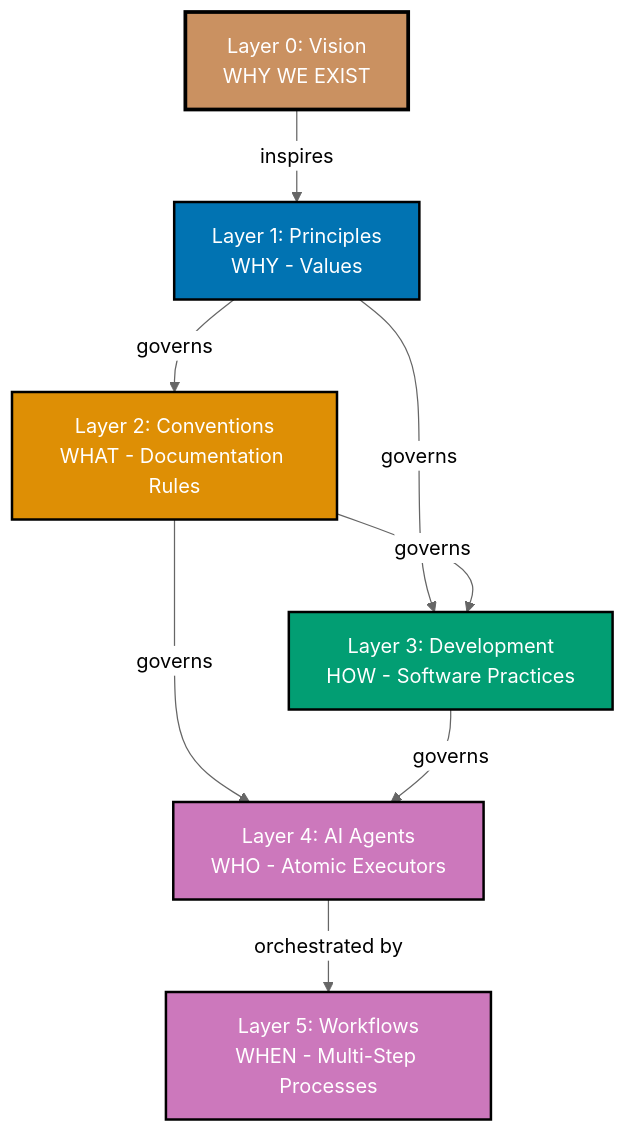
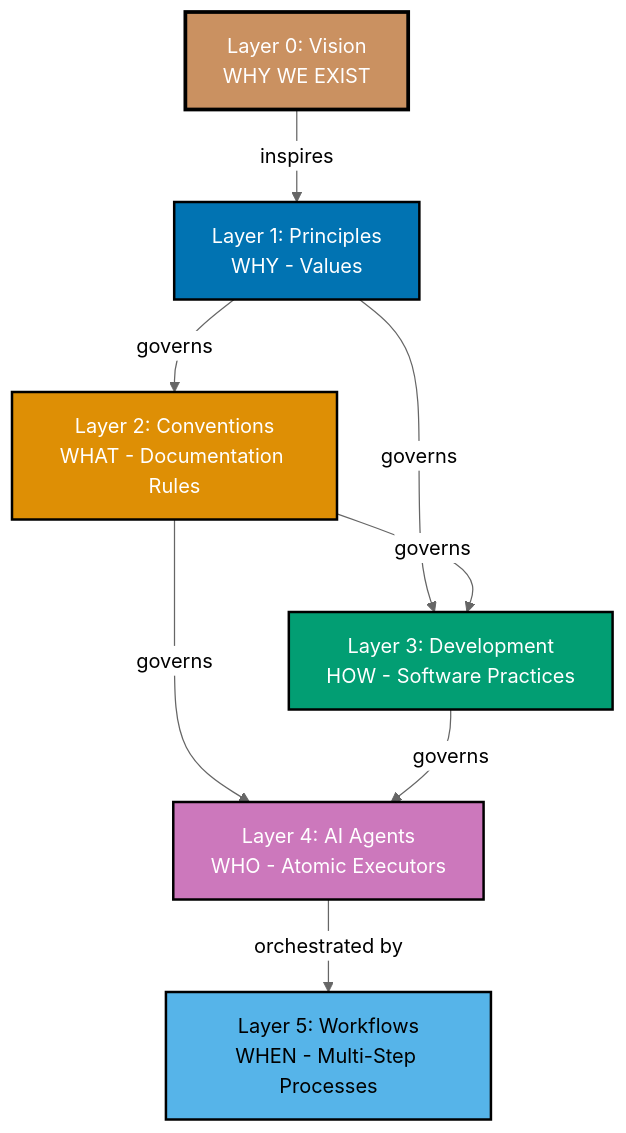
The diagram in governance/README.md (wahidyankf/open-sharia-enterprise), drawn with Mermaid (neutral theme) before and after one commit. The commit also changed 1 other file, not shown here.

Commit message:
fix(governance): resolve diagram color collision and update model-selection docs
- governance/README.md: Change Layer 5 (Workflows) from brown (#CA9161)
  to sky blue (#56B4E9) — was colliding with Layer 0 (Vision)
- model-selection.md: Remove YAML inline comment from Opus example,
  add missing checkers and docs-file-manager to example lists,
  fix confusing model justification example text

````diff
--- a/governance/README.md
+++ b/governance/README.md
@@ -39,25 +39,25 @@
 ```mermaid
-%% Color Palette: Blue #0173B2, Orange #DE8F05, Teal #029E73, Purple #CC78BC, Brown #CA9161
+%% Color Palette: Blue #0173B2, Orange #DE8F05, Teal #029E73, Purple #CC78BC, Brown #CA9161, Sky Blue #56B4E9
 graph TD
  L0[Layer 0: Vision<br/>WHY WE EXIST]
  L1[Layer 1: Principles<br/>WHY - Values]
  L2[Layer 2: Conventions<br/>WHAT - Documentation Rules]
  L3[Layer 3: Development<br/>HOW - Software Practices]
  L4[Layer 4: AI Agents<br/>WHO - Atomic Executors]
  L5[Layer 5: Workflows<br/>WHEN - Multi-Step Processes]
 
  L0 -->|inspires| L1
  L1 -->|governs| L2
  L1 -->|governs| L3
  L2 -->|governs| L3
  L2 -->|governs| L4
  L3 -->|governs| L4
  L4 -->|orchestrated by| L5
 
  style L0 fill:#CA9161,stroke:#000000,color:#FFFFFF,stroke-width:3px
  style L1 fill:#0173B2,stroke:#000000,color:#FFFFFF,stroke-width:2px
  style L2 fill:#DE8F05,stroke:#000000,color:#FFFFFF,stroke-width:2px
  style L3 fill:#029E73,stroke:#000000,color:#FFFFFF,stroke-width:2px
  style L4 fill:#CC78BC,stroke:#000000,color:#FFFFFF,stroke-width:2px
- style L5 fill:#CC78BC,stroke:#000000,color:#FFFFFF,stroke-width:2px
+ style L5 fill:#56B4E9,stroke:#000000,color:#000000,stroke-width:2px
 ```
````
